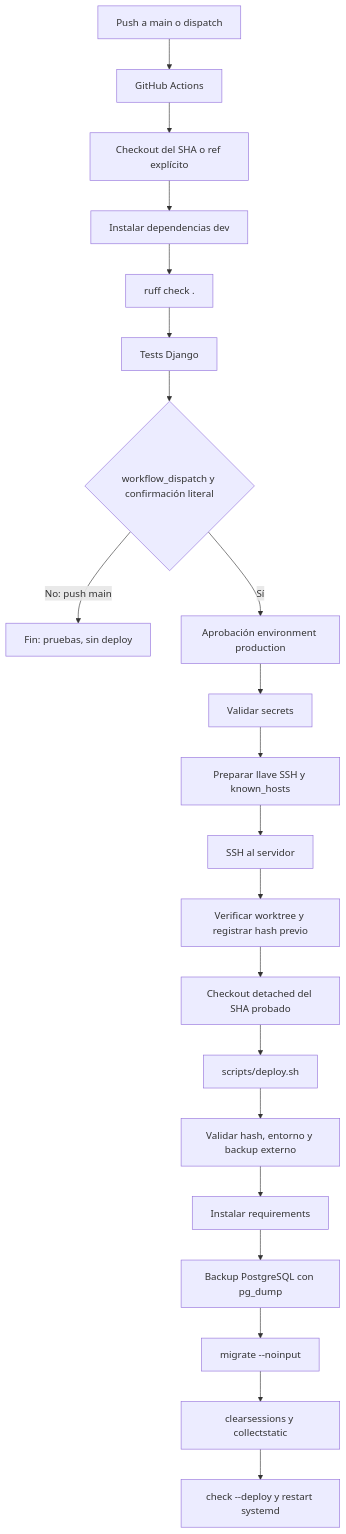
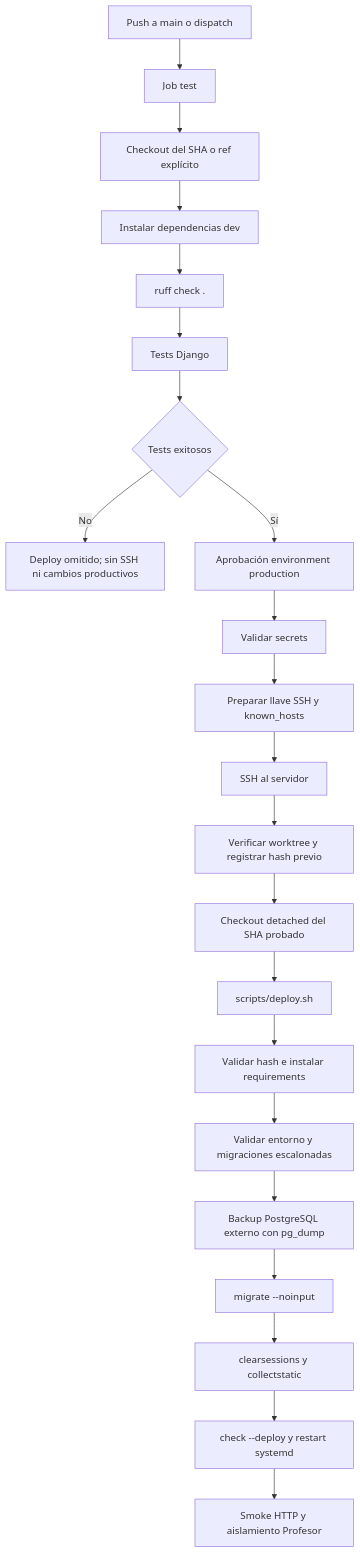
Before and after one commit to alvaroavx/avx-django-plataformaelemental: the diagram in docs/operacion/DEPLOY.md, drawn with Mermaid. The commit also changed other lines of this file and 59 other files, not shown here.

````diff
--- a/docs/operacion/DEPLOY.md
+++ b/docs/operacion/DEPLOY.md
@@ -213,23 +236,24 @@
 ```mermaid
 flowchart TD
-    A["Push a main o dispatch"] --> B["GitHub Actions"]
+    A["Push a main o dispatch"] --> B["Job test"]
     B --> C["Checkout del SHA o ref explícito"]
     C --> D["Instalar dependencias dev"]
     D --> E["ruff check ."]
     E --> F["Tests Django"]
-    F --> G{"workflow_dispatch y confirmación literal"}
-    G -- "No: push main" --> X["Fin: pruebas, sin deploy"]
+    F --> G{"Tests exitosos"}
+    G -- "No" --> X["Deploy omitido; sin SSH ni cambios productivos"]
     G -- "Sí" --> Y["Aprobación environment production"]
     Y --> H["Validar secrets"]
     H --> I["Preparar llave SSH y known_hosts"]
     I --> J["SSH al servidor"]
     J --> K["Verificar worktree y registrar hash previo"]
     K --> L["Checkout detached del SHA probado"]
     L --> M["scripts/deploy.sh"]
-    M --> N["Validar hash, entorno y backup externo"]
-    N --> O["Instalar requirements"]
-    O --> P["Backup PostgreSQL con pg_dump"]
+    M --> N["Validar hash e instalar requirements"]
+    N --> O["Validar entorno y migraciones escalonadas"]
+    O --> P["Backup PostgreSQL externo con pg_dump"]
     P --> Q["migrate --noinput"]
     Q --> R["clearsessions y collectstatic"]
     R --> S["check --deploy y restart systemd"]
+    S --> T["Smoke HTTP y aislamiento Profesor"]
 ```
````
